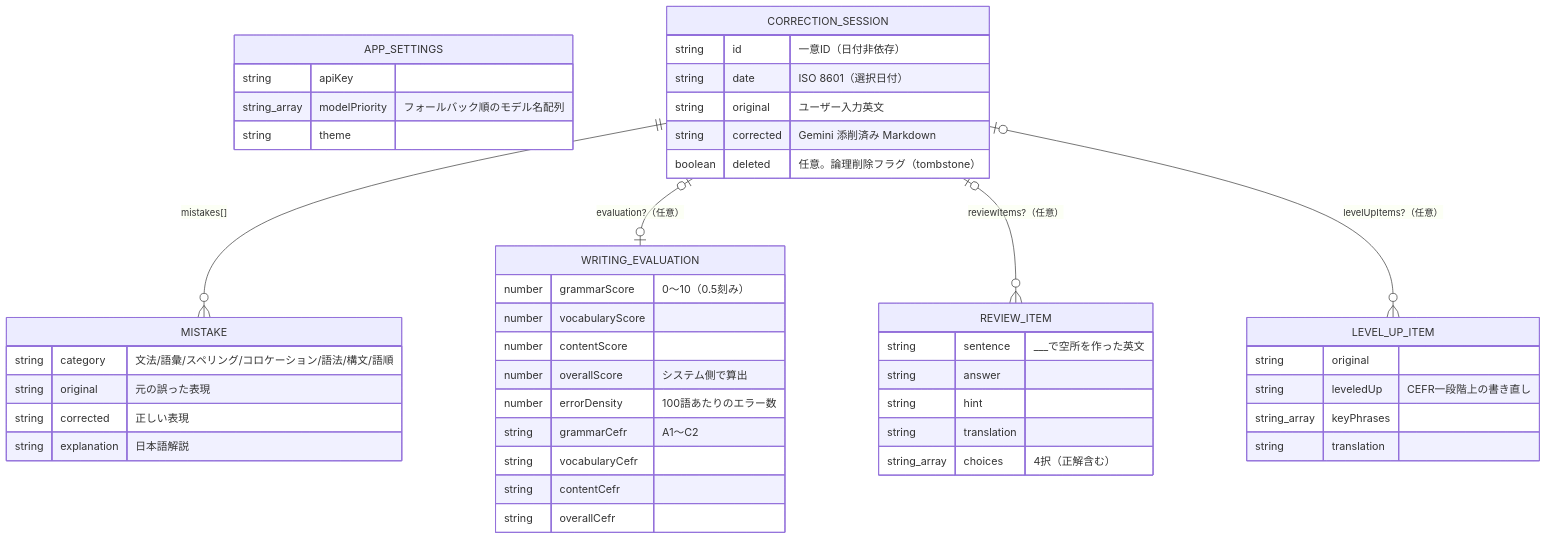
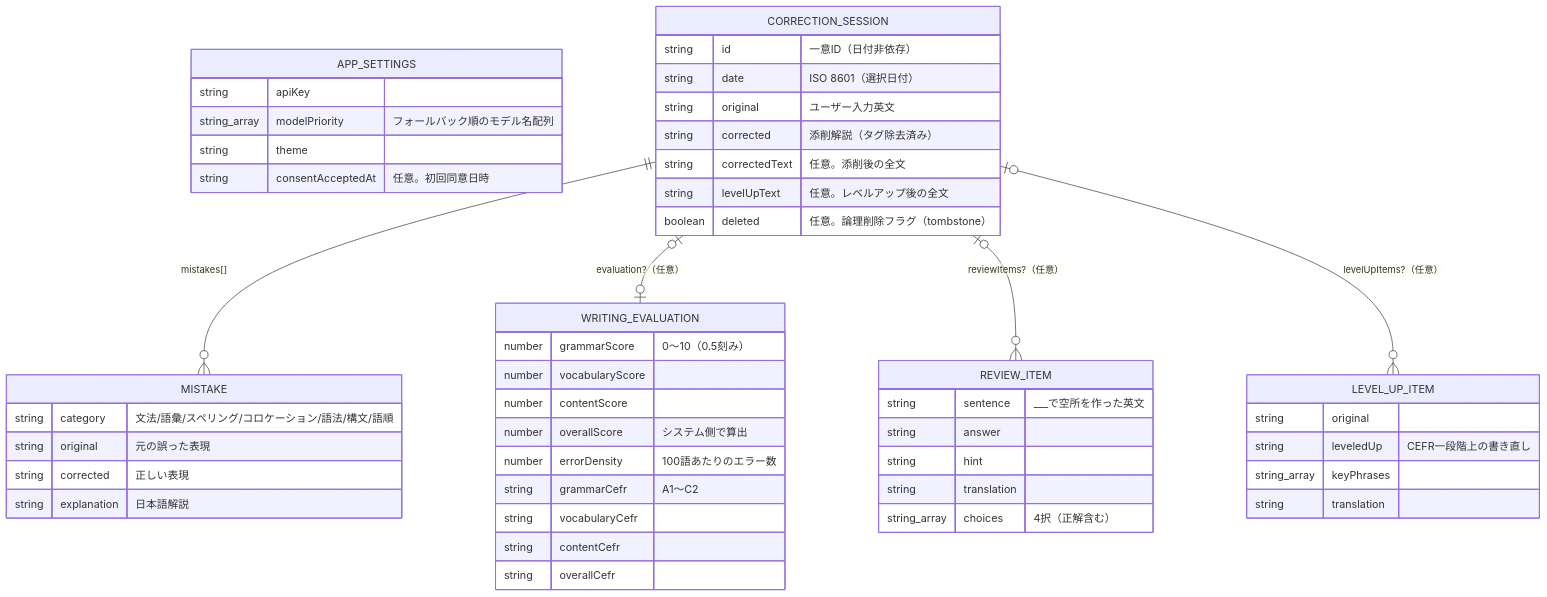
One commit to rmatsuo-jp/eibun-lab changed the eighth of 10 diagrams in ARCHITECTURE.md. Above: the diagram before and after it, drawn with Mermaid. The commit also changed other lines of this file and 82 other files, not shown here.

````diff
--- a/ARCHITECTURE.md
+++ b/ARCHITECTURE.md
@@ -201,55 +222,58 @@
 ```mermaid
 erDiagram
     APP_SETTINGS {
         string apiKey
         string_array modelPriority "フォールバック順のモデル名配列"
         string theme
+        string consentAcceptedAt "任意。初回同意日時"
     }
 
     CORRECTION_SESSION {
         string id "一意ID（日付非依存）"
         string date "ISO 8601（選択日付）"
         string original "ユーザー入力英文"
-        string corrected "Gemini 添削済み Markdown"
+        string corrected "添削解説（タグ除去済み）"
+        string correctedText "任意。添削後の全文"
+        string levelUpText "任意。レベルアップ後の全文"
         boolean deleted "任意。論理削除フラグ（tombstone）"
     }
 
     MISTAKE {
         string category "文法/語彙/スペリング/コロケーション/語法/構文/語順"
         string original "元の誤った表現"
         string corrected "正しい表現"
         string explanation "日本語解説"
     }
 
     WRITING_EVALUATION {
         number grammarScore "0〜10（0.5刻み）"
         number vocabularyScore
         number contentScore
         number overallScore "システム側で算出"
         number errorDensity "100語あたりのエラー数"
         string grammarCefr "A1〜C2"
         string vocabularyCefr
         string contentCefr
         string overallCefr
     }
 
     REVIEW_ITEM {
         string sentence "___で空所を作った英文"
         string answer
         string hint
         string translation
         string_array choices "4択（正解含む）"
     }
 
     LEVEL_UP_ITEM {
         string original
         string leveledUp "CEFR一段階上の書き直し"
         string_array keyPhrases
         string translation
     }
 
     CORRECTION_SESSION ||--o{ MISTAKE : "mistakes[]"
     CORRECTION_SESSION |o--o| WRITING_EVALUATION : "evaluation?（任意）"
     CORRECTION_SESSION |o--o{ REVIEW_ITEM : "reviewItems?（任意）"
     CORRECTION_SESSION |o--o{ LEVEL_UP_ITEM : "levelUpItems?（任意）"
 ```
````
